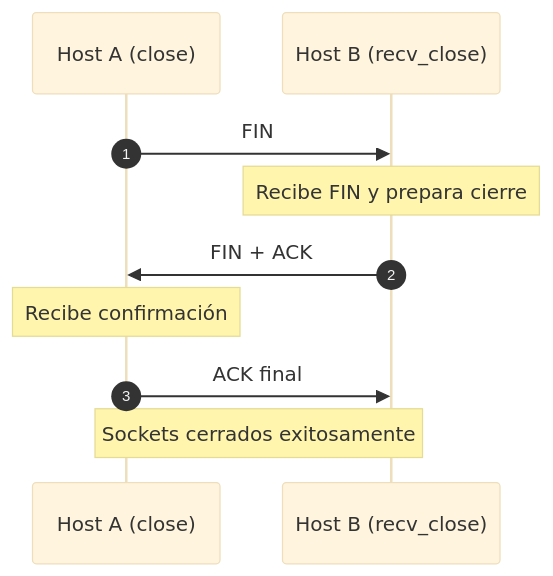
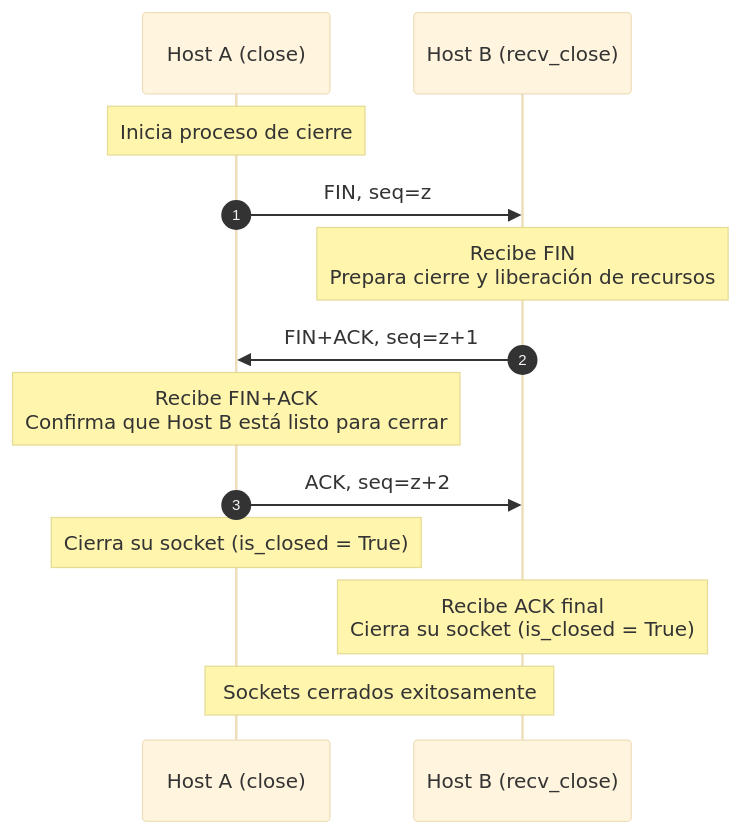
One commit to Bastian-AAI/CC4303-Redes changed the third of 5 diagrams in Actividad-03-StopAndWait/README.md. Above: the diagram before and after it, drawn with Mermaid (base theme). The commit also changed other lines of this file, not shown here.

Commit message:
docs: Diagramas Informe

````diff
--- a/Actividad-03-StopAndWait/README.md
+++ b/Actividad-03-StopAndWait/README.md
@@ -75,13 +101,16 @@
 ```mermaid
 sequenceDiagram
     autonumber
     participant A as Host A (close)
     participant B as Host B (recv_close)
 
-    A->>B: FIN
-    Note over B: Recibe FIN y prepara cierre
-    B->>A: FIN + ACK
-    Note over A: Recibe confirmación
-    A->>B: ACK final
+    Note over A: Inicia proceso de cierre
+    A->>B: FIN, seq=z
+    Note over B: Recibe FIN<br/>Prepara cierre y liberación de recursos
+    B->>A: FIN+ACK, seq=z+1
+    Note over A: Recibe FIN+ACK<br/>Confirma que Host B está listo para cerrar
+    A->>B: ACK, seq=z+2
+    Note over A: Cierra su socket (is_closed = True)
+    Note over B: Recibe ACK final<br/>Cierra su socket (is_closed = True)
     Note over A,B: Sockets cerrados exitosamente
 ```
````
